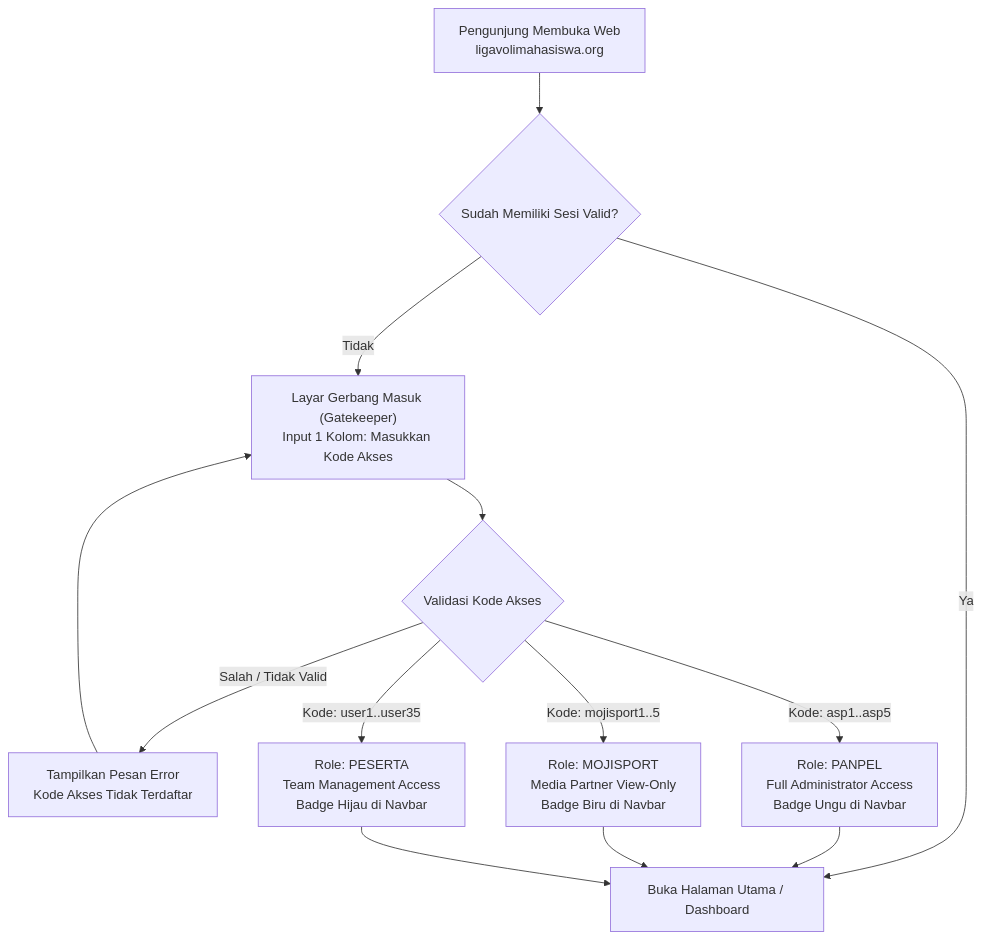
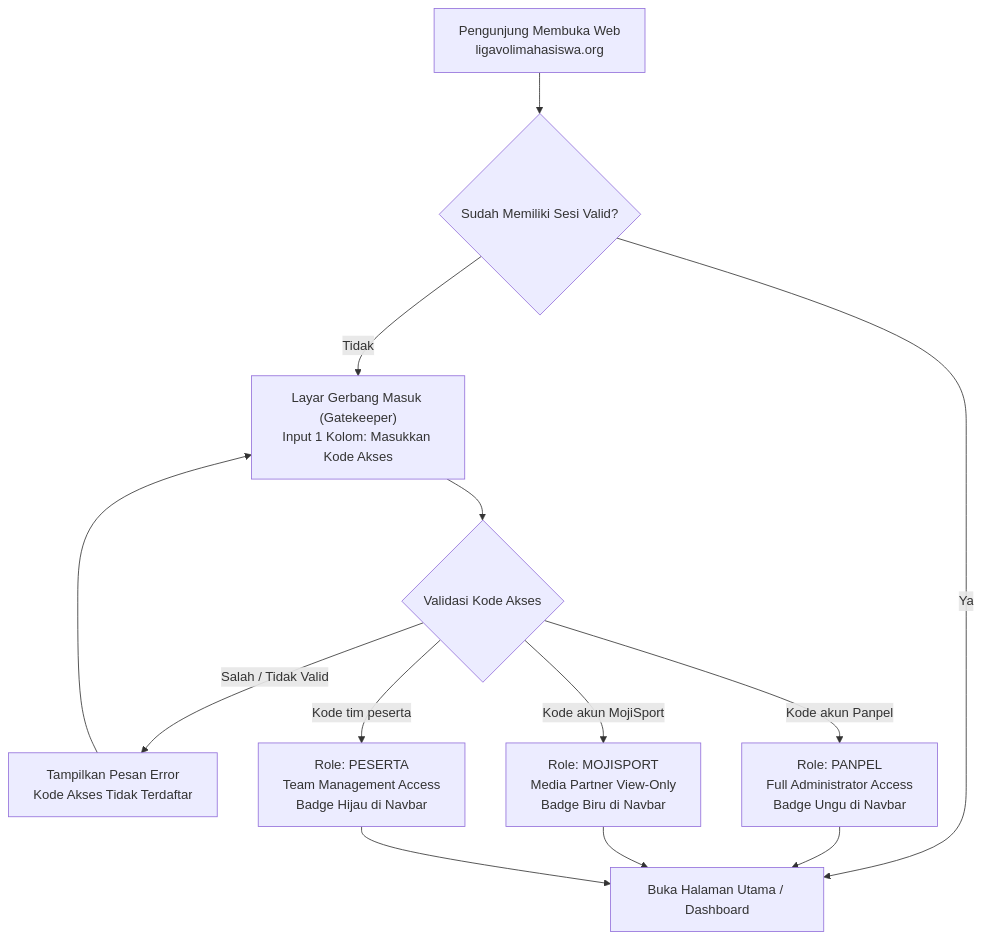
Before and after one commit to fphlab/liga-volley-mahasiswa: the diagram in docs/07_ROLE_BASED_PERMISSIONS_RBP.md, drawn with Mermaid. The commit also changed other lines of this file and 27 other files, not shown here.

````diff
--- a/docs/07_ROLE_BASED_PERMISSIONS_RBP.md
+++ b/docs/07_ROLE_BASED_PERMISSIONS_RBP.md
@@ -19,18 +22,18 @@
 ```mermaid
 flowchart TD
     A["Pengunjung Membuka Web\nligavolimahasiswa.org"] --> B{"Sudah Memiliki Sesi Valid?"}
     B -- "Tidak" --> C["Layar Gerbang Masuk (Gatekeeper)\nInput 1 Kolom: Masukkan Kode Akses"]
     B -- "Ya" --> D["Buka Halaman Utama / Dashboard"]
 
     C --> E{"Validasi Kode Akses"}
     E -- "Salah / Tidak Valid" --> F["Tampilkan Pesan Error\nKode Akses Tidak Terdaftar"]
     F --> C
 
-    E -- "Kode: asp1..asp5" --> G["Role: PANPEL\nFull Administrator Access\nBadge Ungu di Navbar"]
-    E -- "Kode: mojisport1..5" --> H["Role: MOJISPORT\nMedia Partner View-Only\nBadge Biru di Navbar"]
-    E -- "Kode: user1..user35" --> I["Role: PESERTA\nTeam Management Access\nBadge Hijau di Navbar"]
+    E -- "Kode akun Panpel" --> G["Role: PANPEL\nFull Administrator Access\nBadge Ungu di Navbar"]
+    E -- "Kode akun MojiSport" --> H["Role: MOJISPORT\nMedia Partner View-Only\nBadge Biru di Navbar"]
+    E -- "Kode tim peserta" --> I["Role: PESERTA\nTeam Management Access\nBadge Hijau di Navbar"]
 
     G --> D
     H --> D
     I --> D
 ```
````
